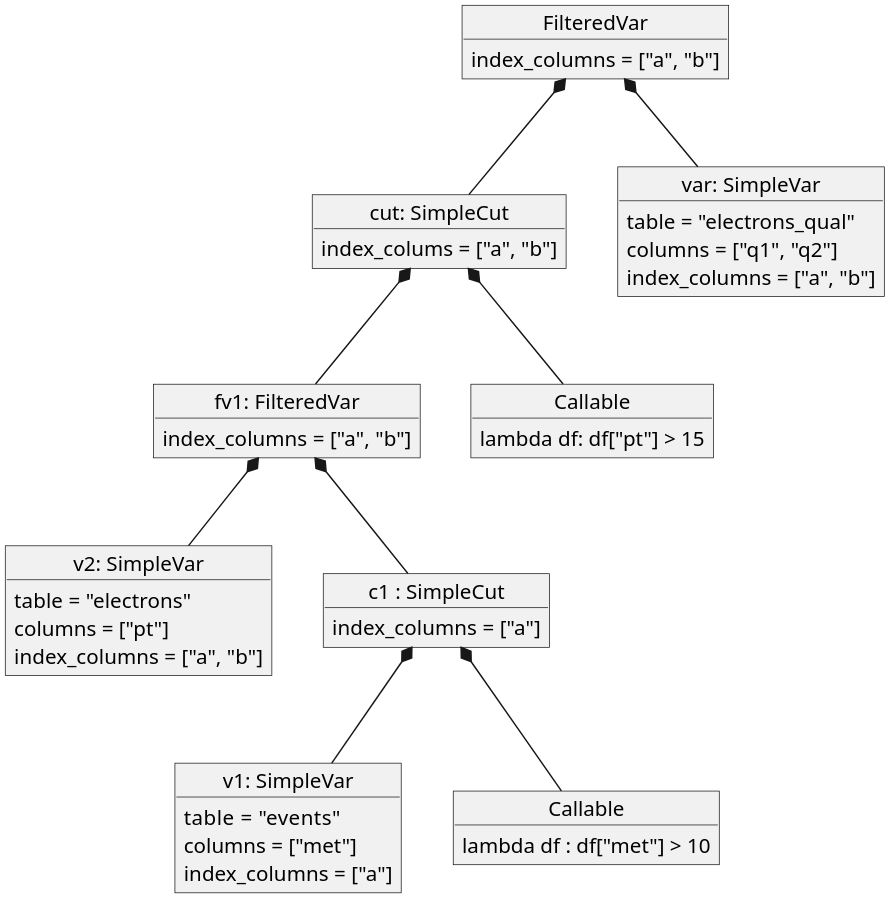
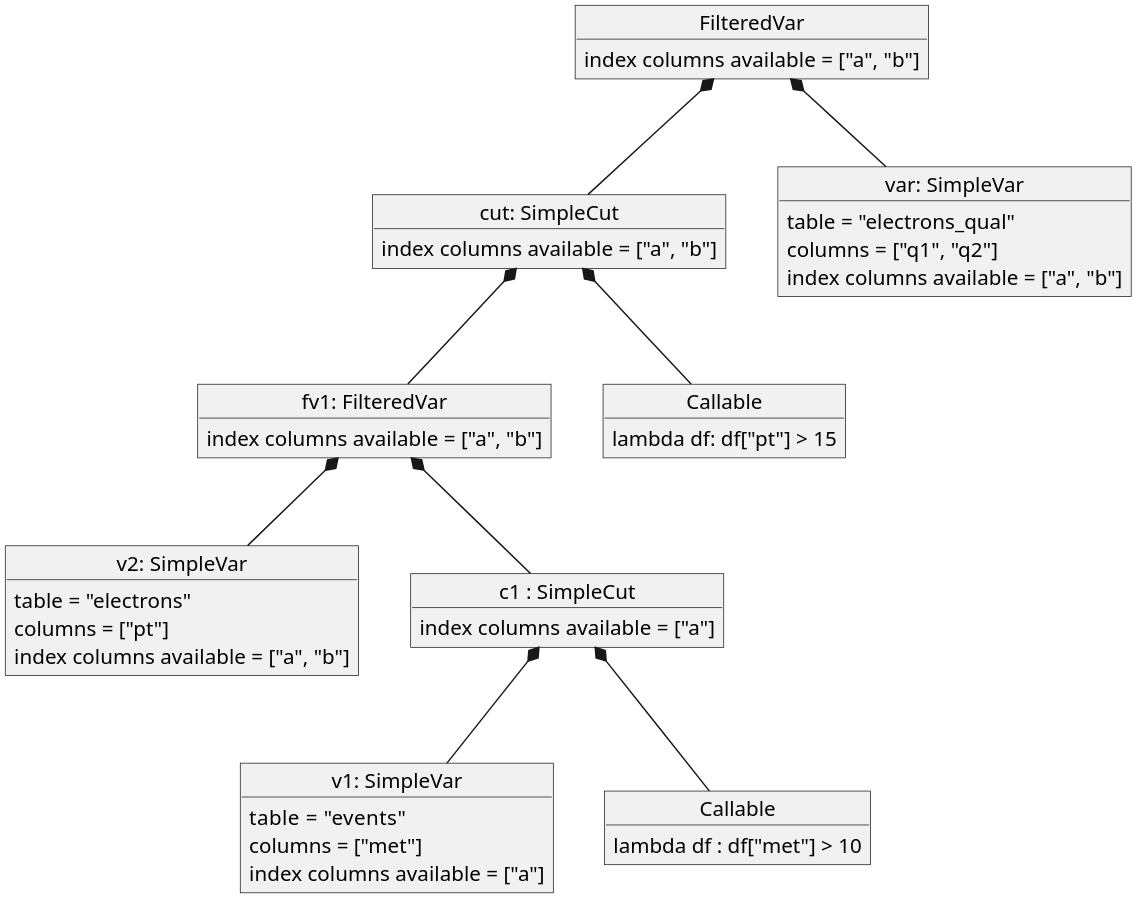
Before and after one commit to marcpaterno/pandana3-design: the diagram in diagrams/fv-uc-02.pu, drawn with PlantUML. The commit also changed 2 other files, not shown here.

Commit message:
Try to emphasize the index columns in not instance data

```diff
--- a/diagrams/fv-uc-02.pu
+++ b/diagrams/fv-uc-02.pu
@@ -1,57 +1,57 @@
 @startuml
 skinparam dpi 300
 
 object "v2: SimpleVar" as var {
   table = "electrons"
   columns = ["pt"]
-  index_columns = ["a", "b"]
+  index columns available = ["a", "b"]
 }
 
 object "c1 : SimpleCut" as cut {
-  index_columns = ["a"]
+  index columns available = ["a"]
 }
 
 object "v1: SimpleVar" as met {
   table =  "events"
   columns = ["met"]
-  index_columns = ["a"]
+  index columns available = ["a"]
 }
 
 object "fv1: FilteredVar" as fv1 {
-  index_columns = ["a", "b"]
+  index columns available = ["a", "b"]
 }
 
 object "Callable" as pred {
  lambda df : df["met"] > 10
 }
 
 object "FilteredVar" as fv2 {
- index_columns = ["a", "b"]
+ index columns available = ["a", "b"]
 }
 
 object "cut: SimpleCut" as cut2 {
-  index_colums = ["a", "b"]
+  index columns available = ["a", "b"]
 }
 
 object "var: SimpleVar" as qual {
   table = "electrons_qual"
   columns = ["q1", "q2"]
-  index_columns = ["a", "b"]
+  index columns available = ["a", "b"]
 }
 
 object "Callable" as pred2 {
   lambda df: df["pt"] > 15
 }
 
 cut *-- met
 cut *-- pred
 fv1 *-- var
 fv1 *-- cut
 
 fv2 *-- qual
 fv2 *-- cut2
 
 cut2 *-- fv1
 cut2 *-- pred2
 
 @enduml
```
